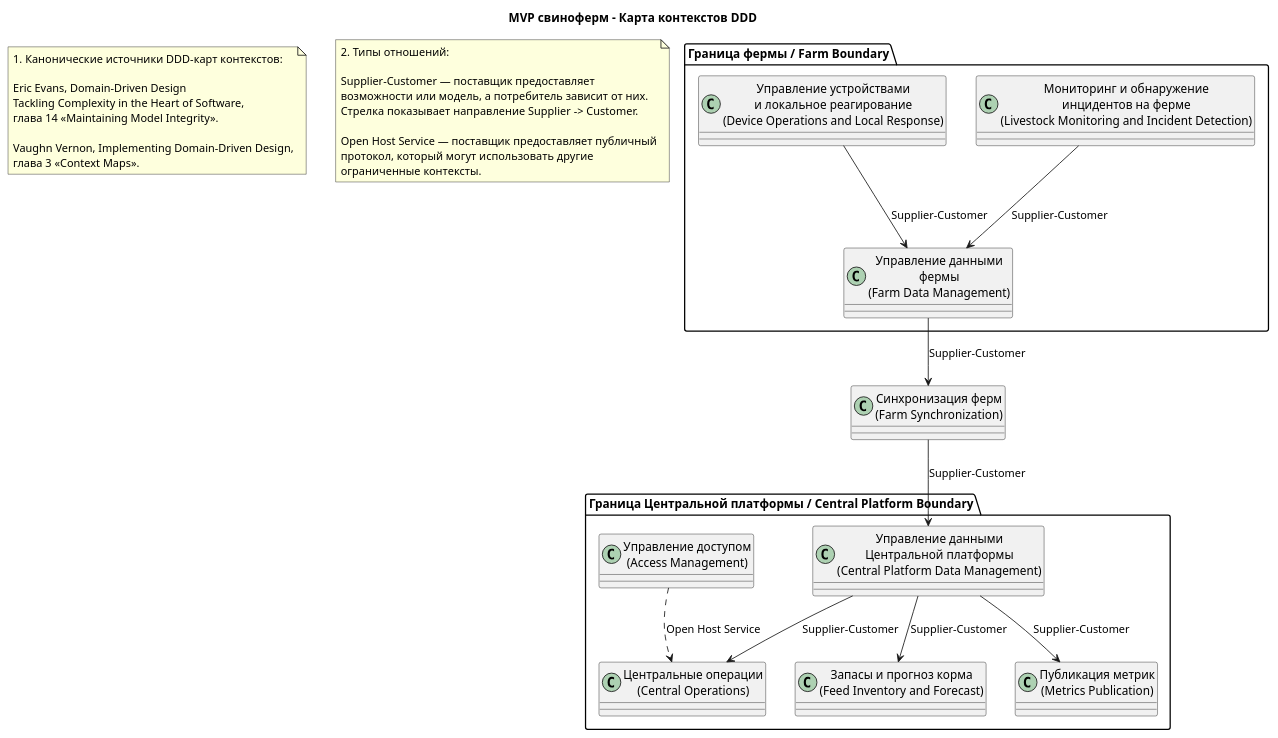
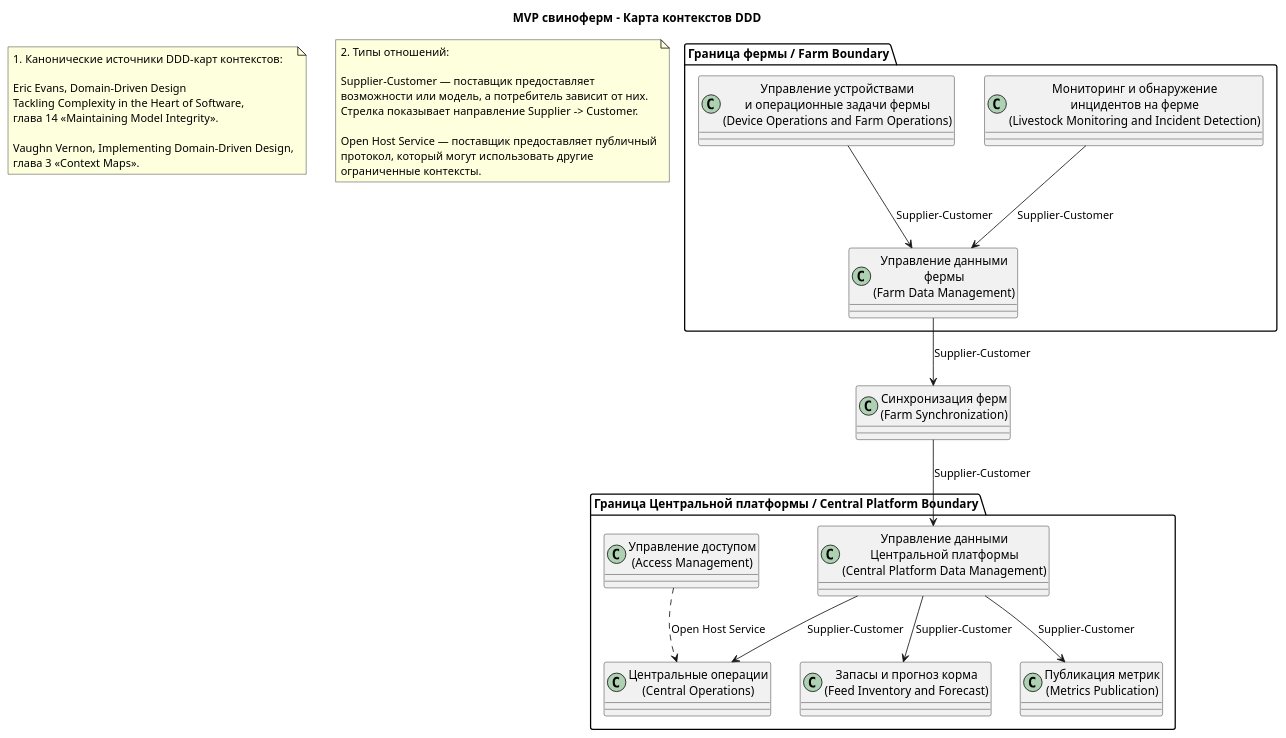
Before and after one commit to vs-ya-practicum/01-MSA-AgroTech: the diagram in Task2/ddd-context-map.ru.puml, drawn with PlantUML. The commit also changed 13 other files, not shown here.

```diff
--- a/Task2/ddd-context-map.ru.puml
+++ b/Task2/ddd-context-map.ru.puml
@@ -1,34 +1,34 @@
 @startuml MVP свиноферм - Карта контекстов DDD
 
 title MVP свиноферм - Карта контекстов DDD
 
 note "1. Канонические источники DDD-карт контекстов:\n\nEric Evans, Domain-Driven Design\nTackling Complexity in the Heart of Software,\nглава 14 «Maintaining Model Integrity».\n\nVaughn Vernon, Implementing Domain-Driven Design,\nглава 3 «Context Maps»." as dddReferences
 
 note "2. Типы отношений:\n\nSupplier-Customer — поставщик предоставляет\nвозможности или модель, а потребитель зависит от них.\nСтрелка показывает направление Supplier -> Customer.\n\nOpen Host Service — поставщик предоставляет публичный\nпротокол, который могут использовать другие\nограниченные контексты." as relationshipDefinitions
 
 package "Граница фермы / Farm Boundary" {
   class "Мониторинг и обнаружение\nинцидентов на ферме\n(Livestock Monitoring and Incident Detection)" as monitoring
-  class "Управление устройствами\nи локальное реагирование\n(Device Operations and Local Response)" as devices
+  class "Управление устройствами\nи операционные задачи фермы\n(Device Operations and Farm Operations)" as devices
   class "Управление данными\nфермы\n(Farm Data Management)" as farmData
 }
 
 package "Граница Центральной платформы / Central Platform Boundary" {
   class "Управление данными\nЦентральной платформы\n(Central Platform Data Management)" as centralData
   class "Центральные операции\n(Central Operations)" as operations
   class "Управление доступом\n(Access Management)" as access
   class "Запасы и прогноз корма\n(Feed Inventory and Forecast)" as feed
   class "Публикация метрик\n(Metrics Publication)" as metrics
 }
 
 class "Синхронизация ферм\n(Farm Synchronization)" as sync
 
 monitoring --> farmData : Supplier-Customer
 devices --> farmData : Supplier-Customer
 farmData --> sync : Supplier-Customer
 sync --> centralData : Supplier-Customer
 centralData --> operations : Supplier-Customer
 centralData --> feed : Supplier-Customer
 centralData --> metrics : Supplier-Customer
 access ..> operations : Open Host Service
 
 @enduml
```
